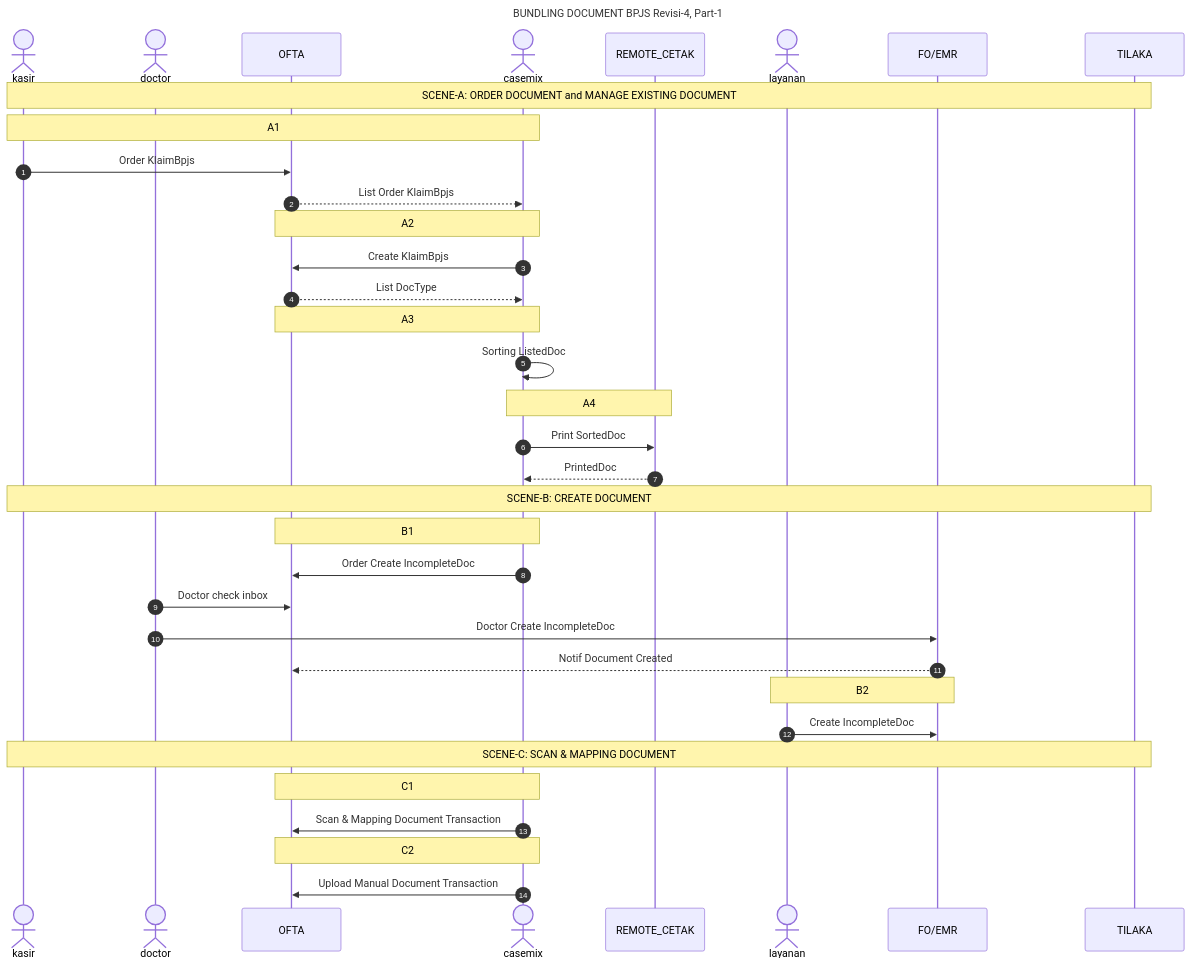
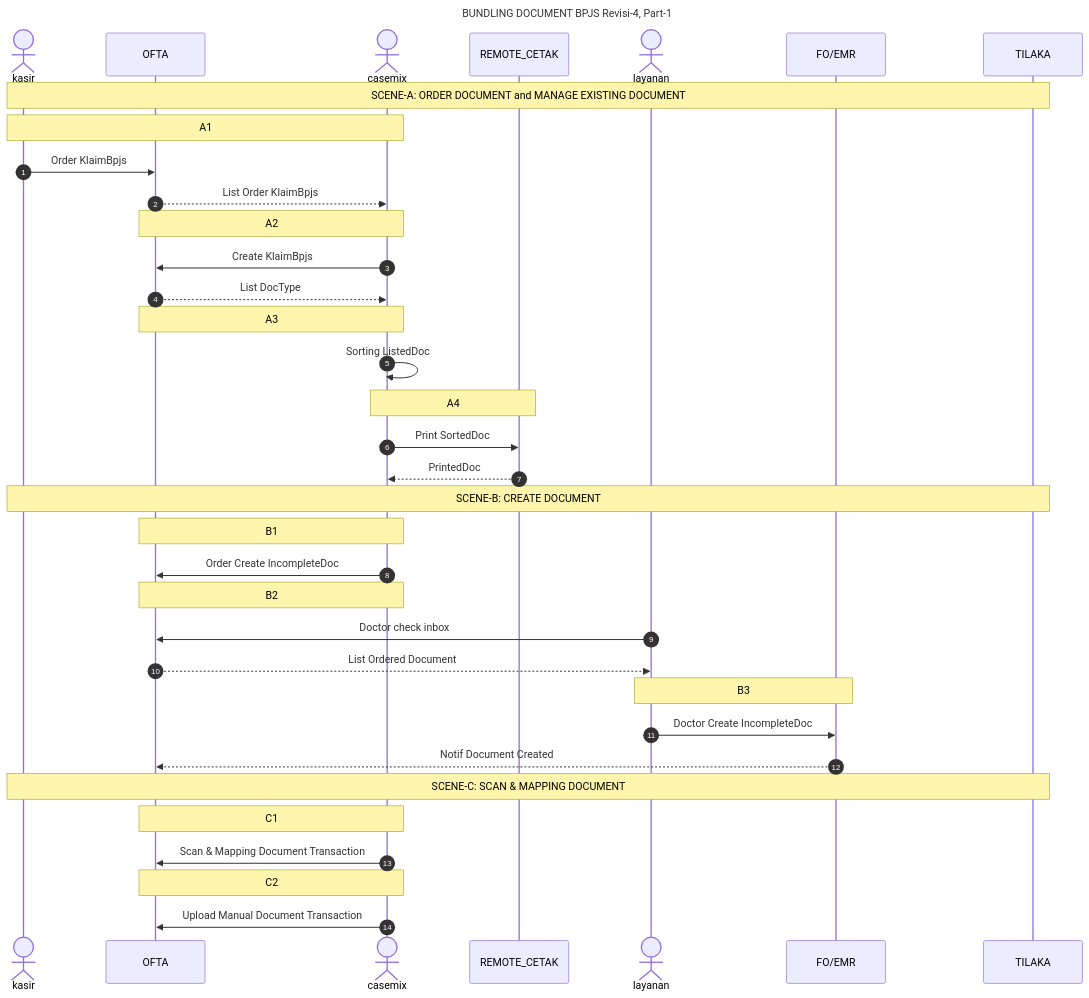
Before and after one commit to smart-ics/b005-ofta-api: the first of 2 diagrams in readme-bpjs-flow.md, drawn with Mermaid.

````diff
--- a/readme-bpjs-flow.md
+++ b/readme-bpjs-flow.md
@@ -4,46 +4,47 @@
 ```mermaid
 sequenceDiagram
     title BUNDLING DOCUMENT BPJS Revisi-4, Part-1
     actor kasir
-    actor doctor
     participant OFTA
     actor casemix
     participant REMOTE_CETAK
     actor layanan
     participant FO/EMR
     participant TILAKA
     autonumber 1
 
     note over kasir, TILAKA: SCENE-A: ORDER DOCUMENT and MANAGE EXISTING DOCUMENT
     note over kasir, casemix: A1
     kasir ->> OFTA: Order KlaimBpjs 
     OFTA -->> casemix: List Order KlaimBpjs 
 
     note over OFTA, casemix: A2
     casemix ->> OFTA: Create KlaimBpjs
     OFTA -->> casemix: List DocType
 
     note over OFTA, casemix: A3
     casemix ->> casemix: Sorting ListedDoc
     
     note over casemix, REMOTE_CETAK: A4
     casemix ->> REMOTE_CETAK: Print SortedDoc
     REMOTE_CETAK -->> casemix : PrintedDoc
 
     note over kasir, TILAKA: SCENE-B: CREATE DOCUMENT 
     note over OFTA, casemix: B1
     casemix ->> OFTA: Order Create IncompleteDoc
-    doctor ->> OFTA: Doctor check inbox
-    doctor ->> FO/EMR: Doctor Create IncompleteDoc
+
+    note over OFTA, casemix: B2
+    layanan ->> OFTA: Doctor check inbox
+    OFTA -->> layanan: List Ordered Document
+
+    note over layanan, FO/EMR: B3
+    layanan ->> FO/EMR: Doctor Create IncompleteDoc
     FO/EMR -->> OFTA: Notif Document Created
     
-    note over layanan, FO/EMR: B2
-    layanan ->> FO/EMR : Create IncompleteDoc
-
     note over kasir, TILAKA: SCENE-C: SCAN & MAPPING DOCUMENT 
     note over OFTA, casemix: C1
     casemix ->> OFTA: Scan & Mapping Document Transaction
 
     note over OFTA, casemix: C2
     casemix ->> OFTA: Upload Manual Document Transaction
 ```
````
